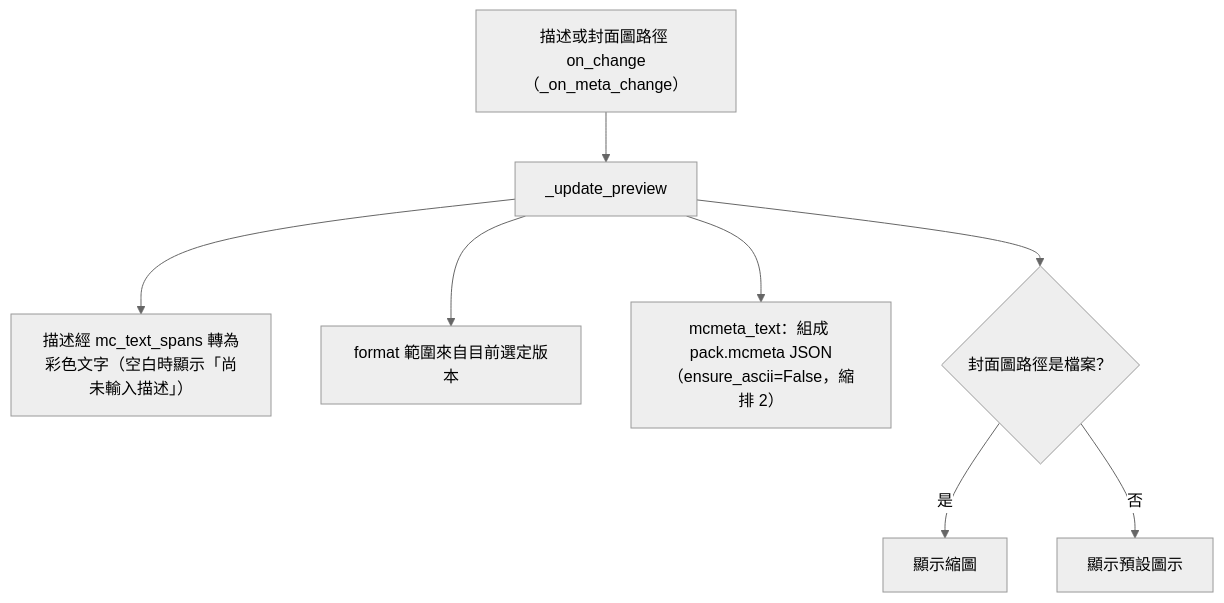
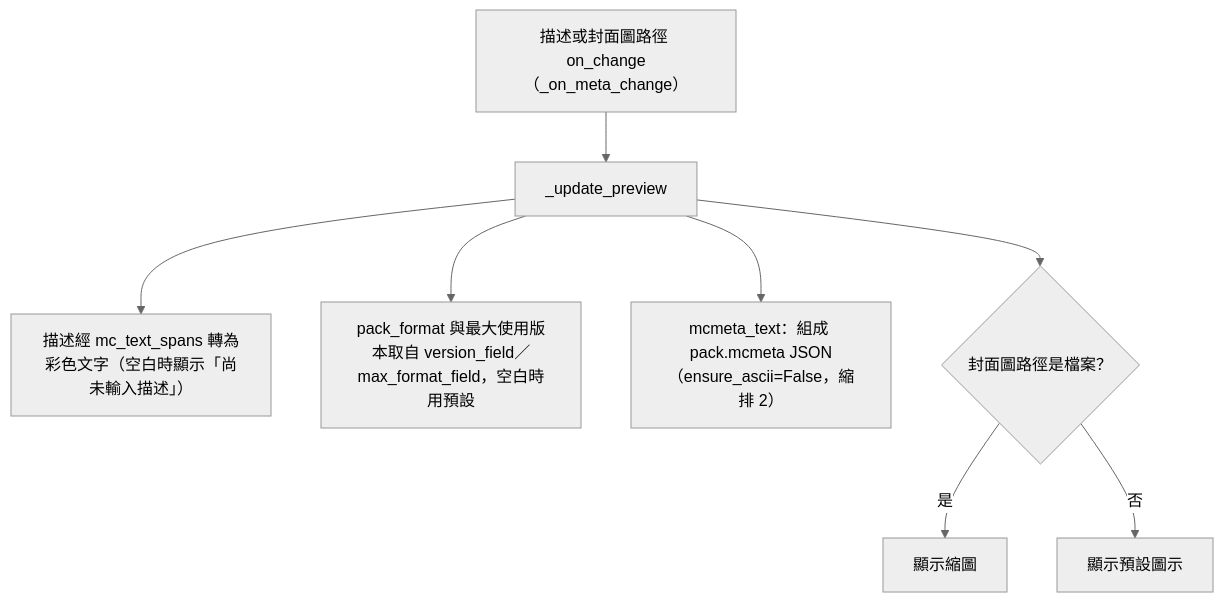
The third of 6 diagrams in docs/page_flows/bundler.md (jlin53882/Minecraft-translate), drawn with Mermaid (neutral theme) before and after one commit. The commit also changed other lines of this file and 37 other files, not shown here.

First line of the commit message:
fix(bundle): generate spec-compliant pack.mcmeta, single version input, fix output path error

````diff
--- a/docs/page_flows/bundler.md
+++ b/docs/page_flows/bundler.md
@@ -51,10 +50,10 @@
 ```mermaid
 flowchart TD
     A["描述或封面圖路徑 on_change（_on_meta_change）"] --> B["_update_preview"]
     B --> C["描述經 mc_text_spans 轉為彩色文字（空白時顯示「尚未輸入描述」）"]
-    B --> D["format 範圍來自目前選定版本"]
+    B --> D["pack_format 與最大使用版本取自 version_field／max_format_field，空白時用預設"]
     B --> E["mcmeta_text：組成 pack.mcmeta JSON（ensure_ascii=False，縮排 2）"]
     B --> F{"封面圖路徑是檔案？"}
     F -- 是 --> G["顯示縮圖"]
     F -- 否 --> H["顯示預設圖示"]
 ```
````
